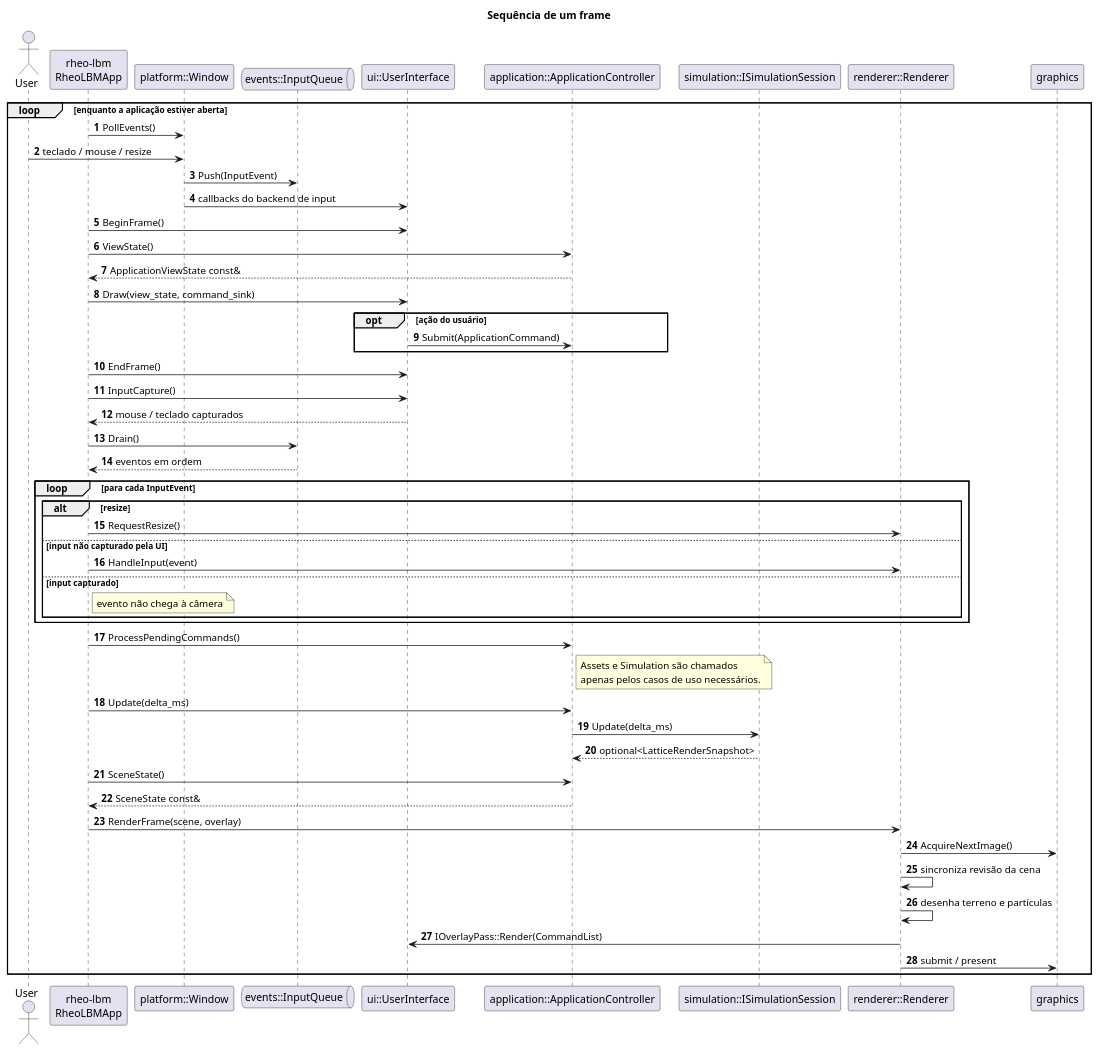
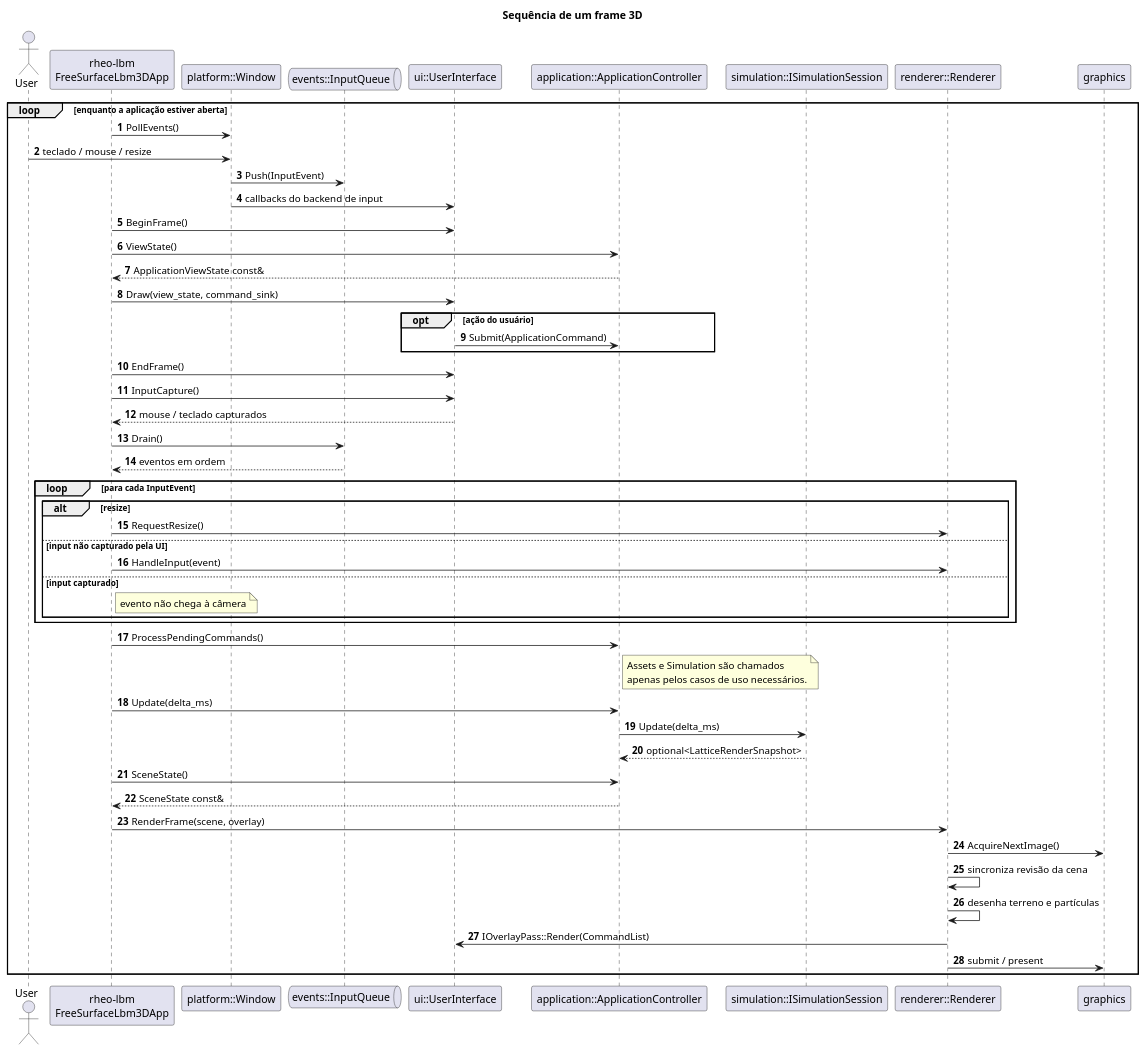
Before and after one commit to leandro-barcelos/rheo-lbm: the diagram in docs/uml/05-frame-loop-sequence.puml, drawn with PlantUML. The commit also changed 37 other files, not shown here.

```diff
--- a/docs/uml/05-frame-loop-sequence.puml
+++ b/docs/uml/05-frame-loop-sequence.puml
@@ -1,67 +1,67 @@
 @startuml
-title Sequência de um frame
+title Sequência de um frame 3D
 
 skinparam backgroundColor transparent
 skinparam shadowing false
 autonumber
 
 actor User
-participant "rheo-lbm\nRheoLBMApp" as Root
+participant "rheo-lbm\nFreeSurfaceLbm3DApp" as Root
 participant "platform::Window" as Window
 queue "events::InputQueue" as InputQueue
 participant "ui::UserInterface" as UI
 participant "application::ApplicationController" as Application
 participant "simulation::ISimulationSession" as Simulation
 participant "renderer::Renderer" as Renderer
 participant "graphics" as Graphics
 
 loop enquanto a aplicação estiver aberta
   Root -> Window : PollEvents()
   User -> Window : teclado / mouse / resize
   Window -> InputQueue : Push(InputEvent)
   Window -> UI : callbacks do backend de input
 
   Root -> UI : BeginFrame()
   Root -> Application : ViewState()
   Application --> Root : ApplicationViewState const&
   Root -> UI : Draw(view_state, command_sink)
   opt ação do usuário
     UI -> Application : Submit(ApplicationCommand)
   end
   Root -> UI : EndFrame()
   Root -> UI : InputCapture()
   UI --> Root : mouse / teclado capturados
 
   Root -> InputQueue : Drain()
   InputQueue --> Root : eventos em ordem
   loop para cada InputEvent
     alt resize
       Root -> Renderer : RequestResize()
     else input não capturado pela UI
       Root -> Renderer : HandleInput(event)
     else input capturado
       note right of Root : evento não chega à câmera
     end
   end
 
   Root -> Application : ProcessPendingCommands()
   note right of Application
     Assets e Simulation são chamados
     apenas pelos casos de uso necessários.
   end note
 
   Root -> Application : Update(delta_ms)
   Application -> Simulation : Update(delta_ms)
   Simulation --> Application : optional<LatticeRenderSnapshot>
 
   Root -> Application : SceneState()
   Application --> Root : SceneState const&
   Root -> Renderer : RenderFrame(scene, overlay)
   Renderer -> Graphics : AcquireNextImage()
   Renderer -> Renderer : sincroniza revisão da cena
   Renderer -> Renderer : desenha terreno e partículas
   Renderer -> UI : IOverlayPass::Render(CommandList)
   Renderer -> Graphics : submit / present
 end
 
 @enduml
```
